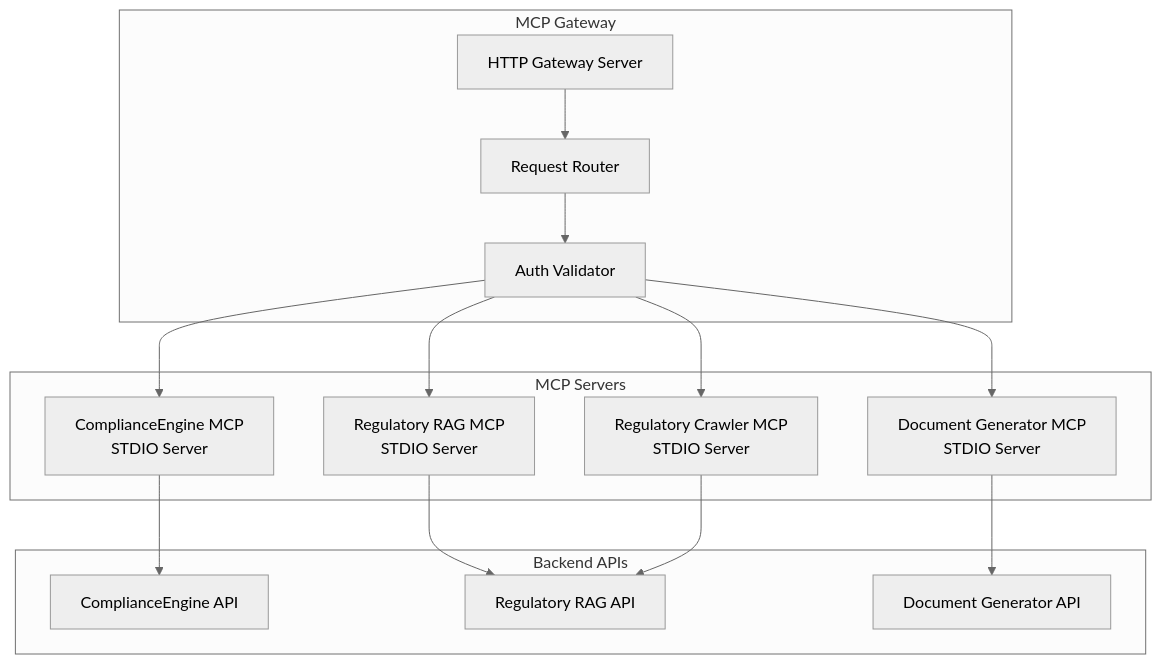
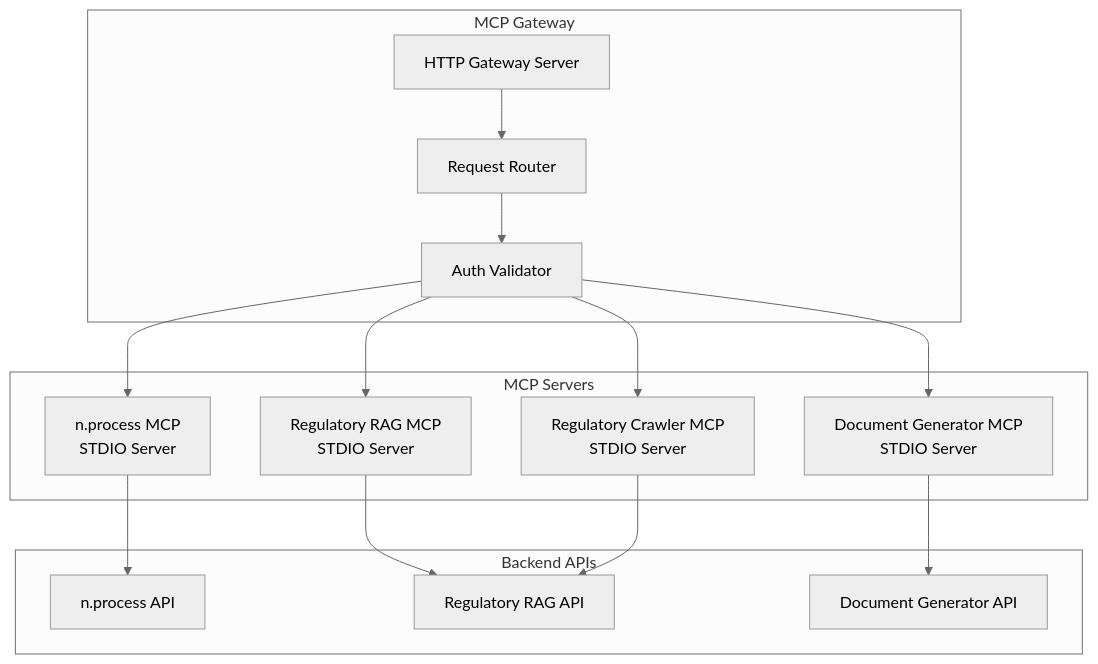
One commit to resper1965/nprocess changed the eighth of 12 diagrams in README.md. Above: the diagram before and after it, drawn with Mermaid (neutral theme). The commit also changed other lines of this file and 43 other files, not shown here.

First line of the commit message:
refactor: rebrand from ComplianceEngine to n.process

````diff
--- a/README.md
+++ b/README.md
@@ -361,33 +361,33 @@
 ```mermaid
 graph TB
     subgraph "MCP Gateway"
         A[HTTP Gateway Server]
         B[Request Router]
         C[Auth Validator]
     end
     
     subgraph "MCP Servers"
-        D[ComplianceEngine MCP<br/>STDIO Server]
+        D[n.process MCP<br/>STDIO Server]
         E[Regulatory RAG MCP<br/>STDIO Server]
         F[Document Generator MCP<br/>STDIO Server]
         G[Regulatory Crawler MCP<br/>STDIO Server]
     end
     
     subgraph "Backend APIs"
-        H[ComplianceEngine API]
+        H[n.process API]
         I[Regulatory RAG API]
         J[Document Generator API]
     end
     
     A --> B
     B --> C
     C --> D
     C --> E
     C --> F
     C --> G
     
     D --> H
     E --> I
     F --> J
     G --> I
 ```
````
